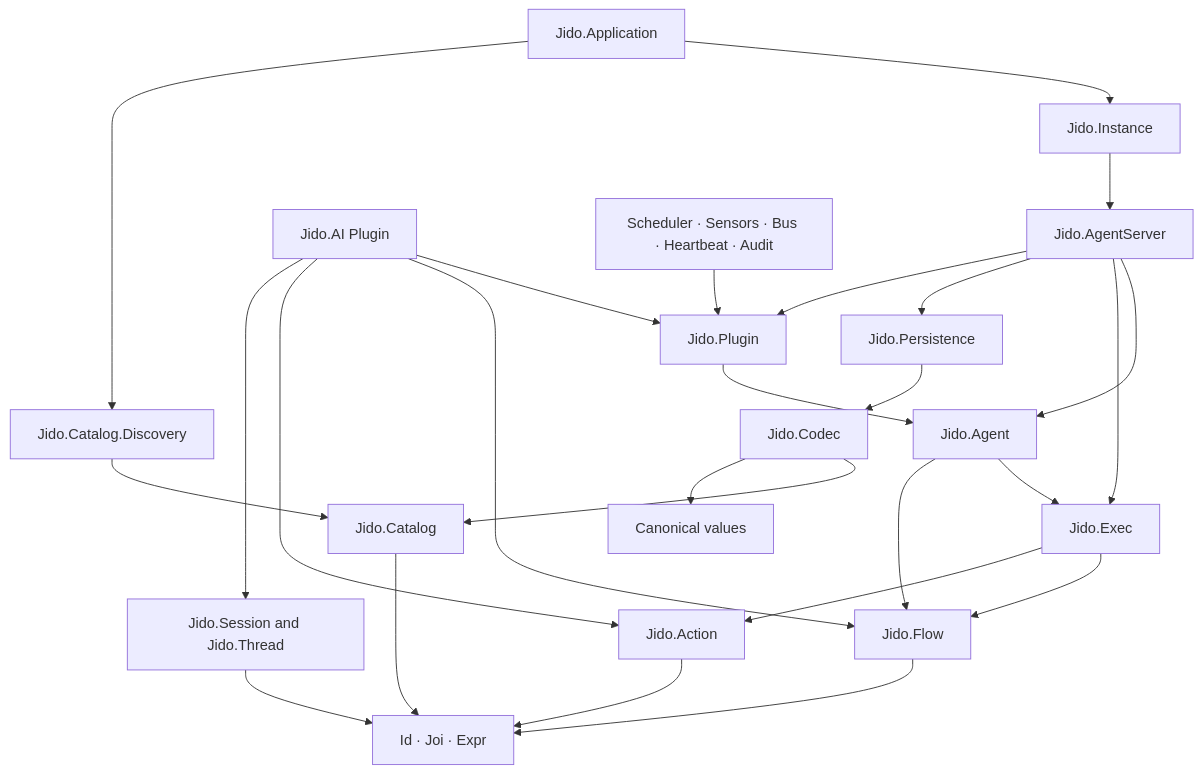
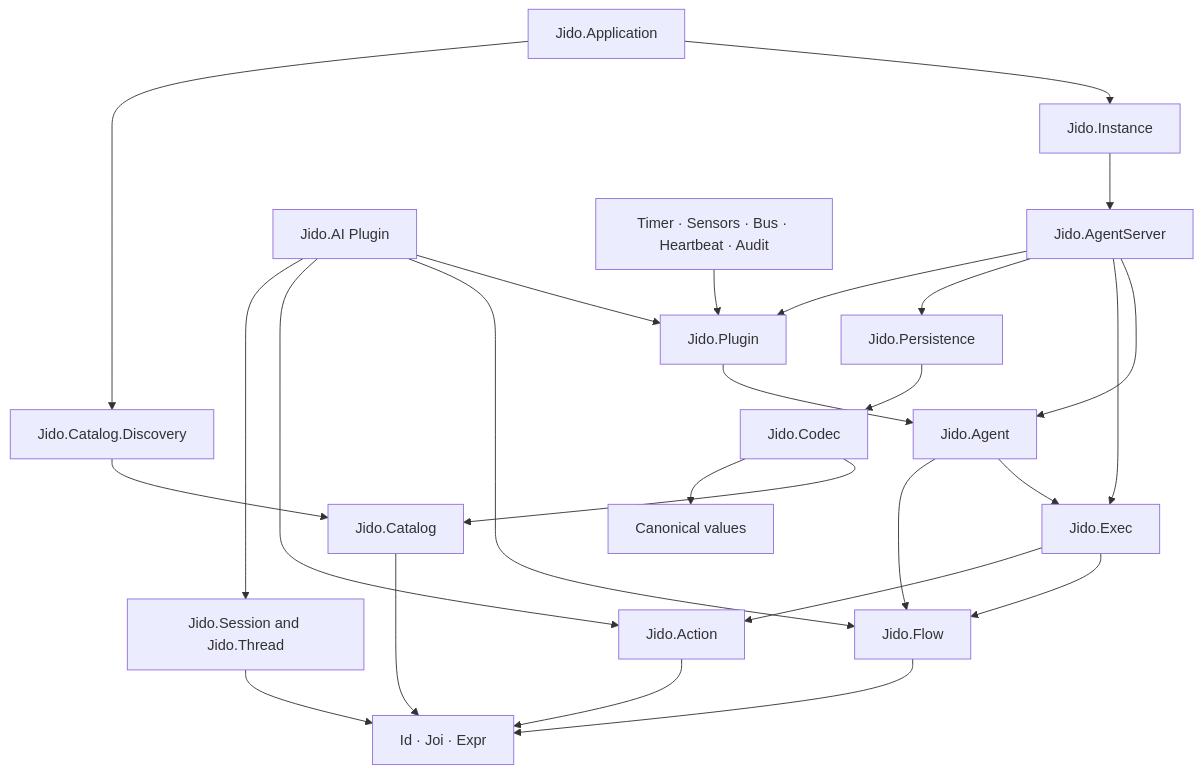
Before and after one commit to agentjido/jido: the diagram in docs/architecture/package-vision.md, drawn with Mermaid. The commit also changed other lines of this file and 85 other files, not shown here.

````diff
--- a/docs/architecture/package-vision.md
+++ b/docs/architecture/package-vision.md
@@ -606,34 +608,34 @@
 ```mermaid
 flowchart TD
   App[Jido.Application] --> Instance[Jido.Instance]
   App --> CatalogDiscovery[Jido.Catalog.Discovery]
 
   Instance --> AgentServer[Jido.AgentServer]
   AgentServer --> Agent[Jido.Agent]
   AgentServer --> Exec[Jido.Exec]
   AgentServer --> Persistence[Jido.Persistence]
   AgentServer --> Plugin[Jido.Plugin]
 
   AI[Jido.AI Plugin] --> Plugin
   AI --> Flow[Jido.Flow]
   AI --> Action[Jido.Action]
   AI --> Session[Jido.Session and Jido.Thread]
 
-  Included[Scheduler · Sensors · Bus · Heartbeat · Audit] --> Plugin
+  Included[Timer · Sensors · Bus · Heartbeat · Audit] --> Plugin
 
   Plugin --> Agent
   Agent --> Exec
   Agent --> Flow
   Exec --> Flow
   Exec --> Action
 
   Codec[Jido.Codec] --> Catalog[Jido.Catalog]
   Codec --> Values[Canonical values]
   Persistence --> Codec
 
   CatalogDiscovery --> Catalog
   Flow --> Foundation[Id · Joi · Expr]
   Action --> Foundation
   Session --> Foundation
   Catalog --> Foundation
 ```
````
